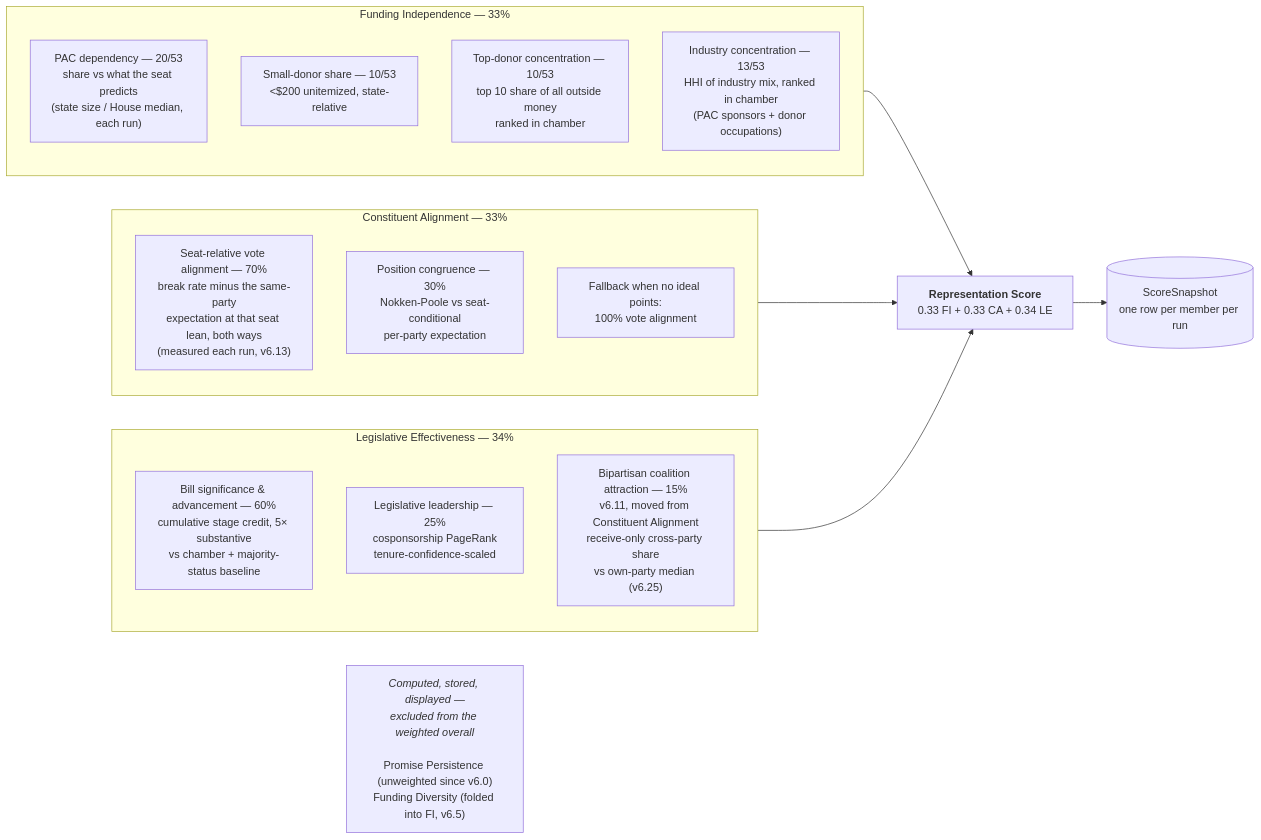
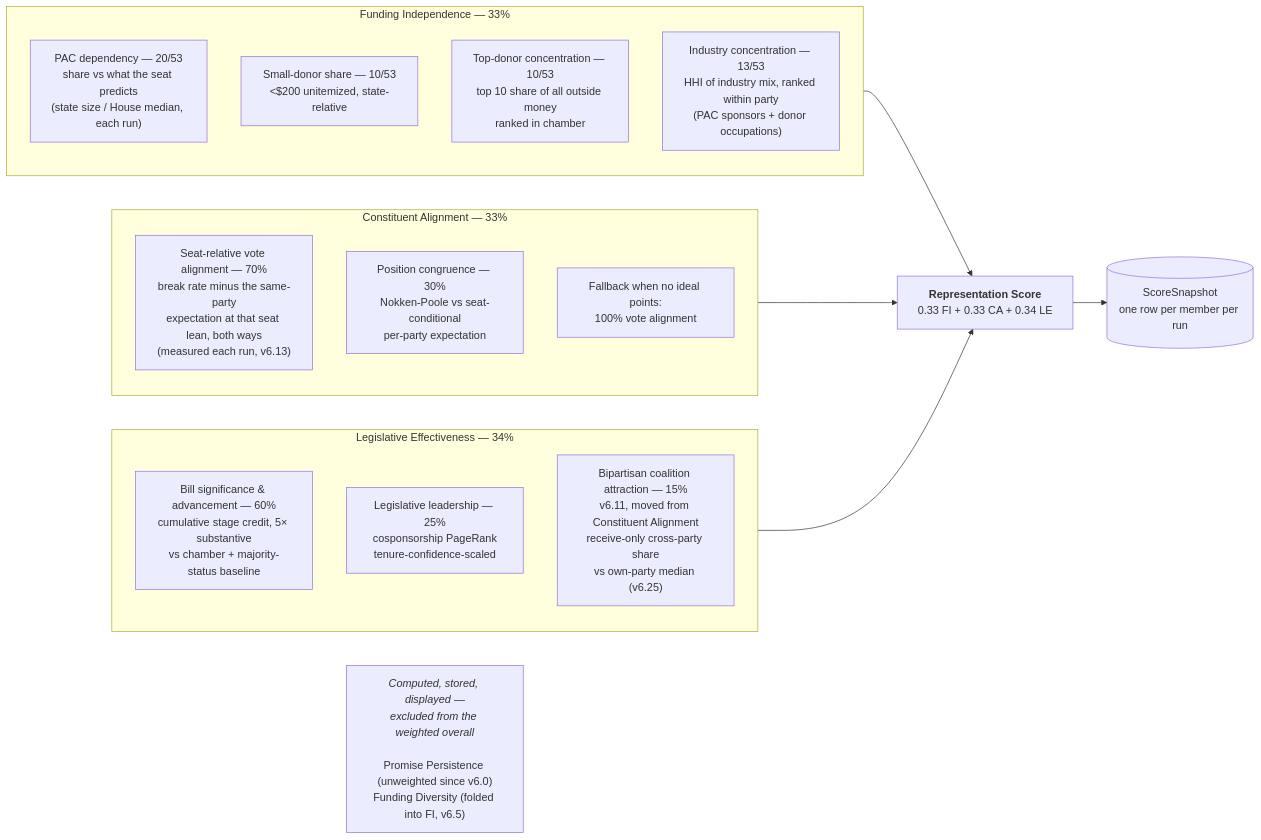
Before and after one commit to kamoras/civitas: the first of 3 diagrams in docs/diagrams/05-scoring.md, drawn with Mermaid. The commit also changed 6 other files, not shown here.

````diff
--- a/docs/diagrams/05-scoring.md
+++ b/docs/diagrams/05-scoring.md
@@ -17,29 +17,29 @@
 ```mermaid
 flowchart LR
     subgraph FI["Funding Independence — 33%"]
         FI1["PAC dependency — 20/53<br/>share vs what the seat predicts<br/>(state size / House median, each run)"]
         FI2["Small-donor share — 10/53<br/>&lt;$200 unitemized, state-relative"]
         FI3["Top-donor concentration — 10/53<br/>top 10 share of all outside money<br/>ranked in chamber"]
-        FI5["Industry concentration — 13/53<br/>HHI of industry mix, ranked in chamber<br/>(PAC sponsors + donor occupations)"]
+        FI5["Industry concentration — 13/53<br/>HHI of industry mix, ranked within party<br/>(PAC sponsors + donor occupations)"]
     end
 
     subgraph CA["Constituent Alignment — 33%"]
         CA1["Seat-relative vote alignment — 70%<br/>break rate minus the same-party<br/>expectation at that seat lean, both ways<br/>(measured each run, v6.13)"]
         CA2["Position congruence — 30%<br/>Nokken-Poole vs seat-conditional<br/>per-party expectation"]
         CA3["Fallback when no ideal points:<br/>100% vote alignment"]
     end
 
     subgraph LE["Legislative Effectiveness — 34%"]
         LE1["Bill significance &amp; advancement — 60%<br/>cumulative stage credit, 5× substantive<br/>vs chamber + majority-status baseline"]
         LE2["Legislative leadership — 25%<br/>cosponsorship PageRank<br/>tenure-confidence-scaled"]
         LE3["Bipartisan coalition attraction — 15%<br/>v6.11, moved from Constituent Alignment<br/>receive-only cross-party share<br/>vs own-party median (v6.25)"]
     end
 
     FI --> OVERALL["<b>Representation Score</b><br/>0.33 FI + 0.33 CA + 0.34 LE"]
     CA --> OVERALL
     LE --> OVERALL
 
     OVERALL --> SNAP[("ScoreSnapshot<br/>one row per member per run")]
 
     UNW["<i>Computed, stored, displayed —<br/>excluded from the weighted overall</i><br/><br/>Promise Persistence (unweighted since v6.0)<br/>Funding Diversity (folded into FI, v6.5)"]
 ```
````
